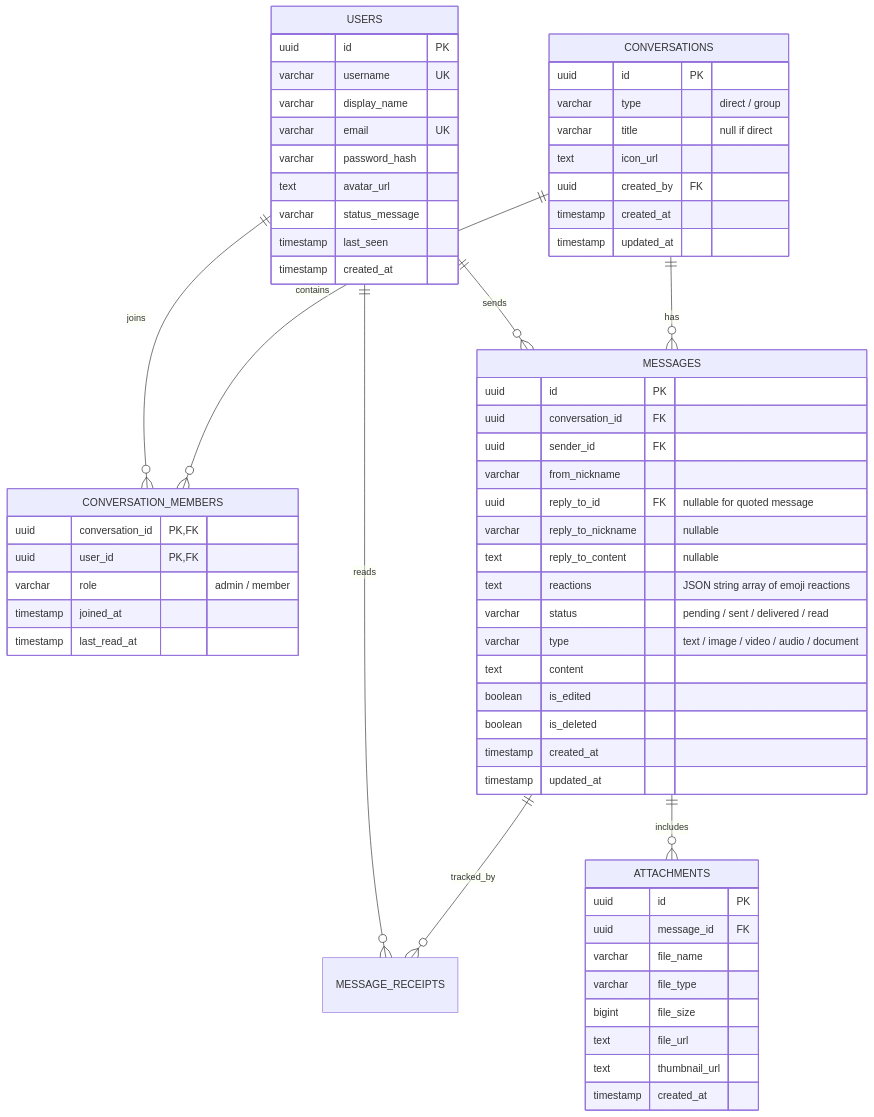
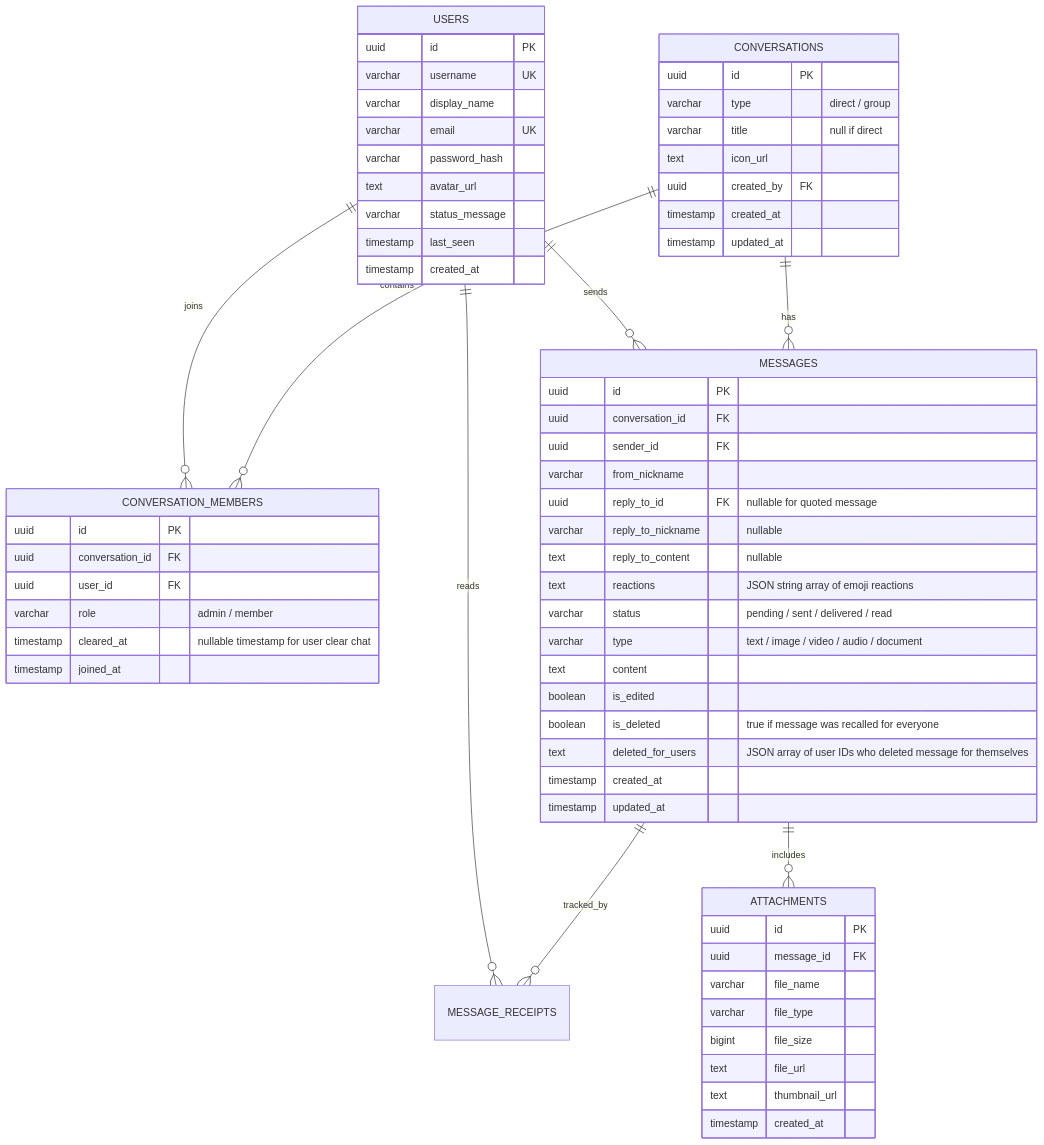
The diagram in docs/ARCHITECTURE.md (mhdarifsetiawan01/wuzz-chat), drawn with Mermaid before and after one commit. The commit also changed other lines of this file and 16 other files, not shown here.

Commit message:
feat(chat): implement delete message for me and for everyone within 1 min limit

````diff
--- a/docs/ARCHITECTURE.md
+++ b/docs/ARCHITECTURE.md
@@ -11,69 +11,71 @@
 ```mermaid
 erDiagram
     USERS ||--o{ CONVERSATION_MEMBERS : joins
     USERS ||--o{ MESSAGES : sends
     USERS ||--o{ MESSAGE_RECEIPTS : reads
     CONVERSATIONS ||--o{ CONVERSATION_MEMBERS : contains
     CONVERSATIONS ||--o{ MESSAGES : has
     MESSAGES ||--o{ MESSAGE_RECEIPTS : tracked_by
     MESSAGES ||--o{ ATTACHMENTS : includes
 
     USERS {
         uuid id PK
         varchar username UK
         varchar display_name
         varchar email UK
         varchar password_hash
         text avatar_url
         varchar status_message
         timestamp last_seen
         timestamp created_at
     }
 
     CONVERSATIONS {
         uuid id PK
         varchar type "direct / group"
         varchar title "null if direct"
         text icon_url
         uuid created_by FK
         timestamp created_at
         timestamp updated_at
     }
 
     CONVERSATION_MEMBERS {
-        uuid conversation_id PK,FK
-        uuid user_id PK,FK
+        uuid id PK
+        uuid conversation_id FK
+        uuid user_id FK
         varchar role "admin / member"
+        timestamp cleared_at "nullable timestamp for user clear chat"
         timestamp joined_at
-        timestamp last_read_at
     }
 
     MESSAGES {
         uuid id PK
         uuid conversation_id FK
         uuid sender_id FK
         varchar from_nickname
         uuid reply_to_id FK "nullable for quoted message"
         varchar reply_to_nickname "nullable"
         text reply_to_content "nullable"
         text reactions "JSON string array of emoji reactions"
         varchar status "pending / sent / delivered / read"
         varchar type "text / image / video / audio / document"
         text content
         boolean is_edited
-        boolean is_deleted
+        boolean is_deleted "true if message was recalled for everyone"
+        text deleted_for_users "JSON array of user IDs who deleted message for themselves"
         timestamp created_at
         timestamp updated_at
     }
 
     ATTACHMENTS {
         uuid id PK
         uuid message_id FK
         varchar file_name
         varchar file_type
         bigint file_size
         text file_url
         text thumbnail_url
         timestamp created_at
     }
 ```
````
